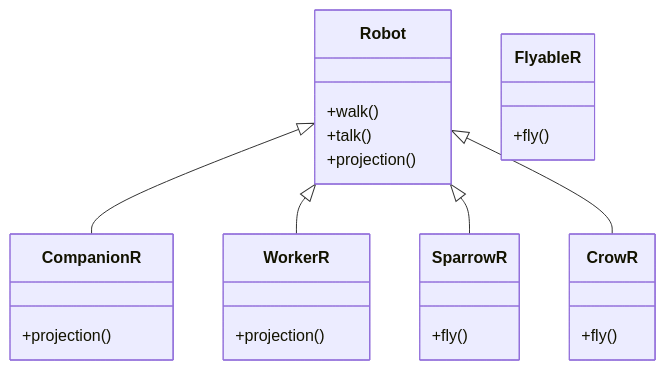
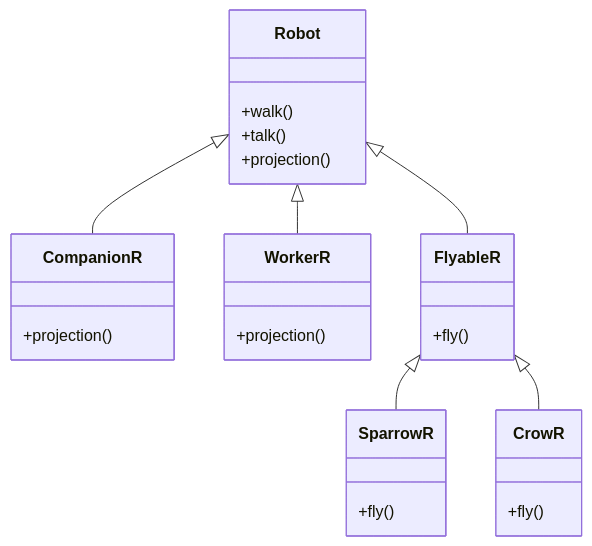
The third of 5 diagrams in Design Patterns/Strategy-Pattern/Strategy-Pattern.md (bikash138/Low-Level-Design), drawn with Mermaid before and after one commit.

````diff
--- a/Design Patterns/Strategy-Pattern/Strategy-Pattern.md
+++ b/Design Patterns/Strategy-Pattern/Strategy-Pattern.md
@@ -79,33 +79,34 @@
 ```mermaid
 classDiagram
     class Robot {
         +walk()
         +talk()
         +projection()
     }
 
     class CompanionR {
         +projection()
     }
 
     class WorkerR {
         +projection()
     }
 
     class FlyableR {
         +fly()
     }
 
     class SparrowR {
         +fly()
     }
 
     class CrowR {
         +fly()
     }
 
     Robot <|-- CompanionR
     Robot <|-- WorkerR
-    Robot <|-- SparrowR
-    Robot <|-- CrowR
+    Robot <|-- FlyableR
+    FlyableR <|-- SparrowR
+    FlyableR <|-- CrowR
 ```
````
